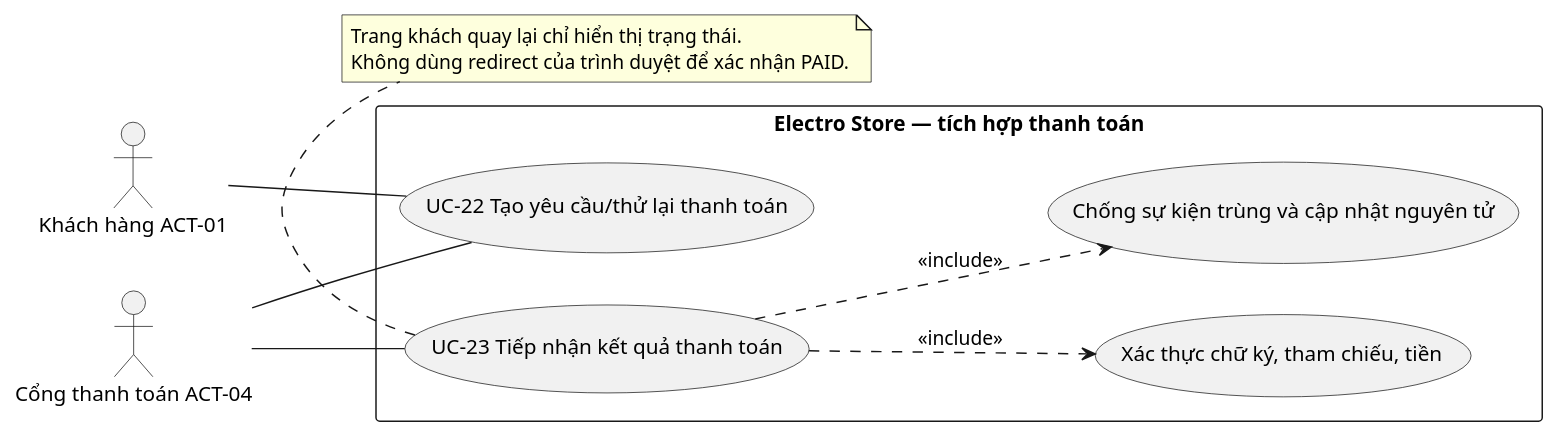
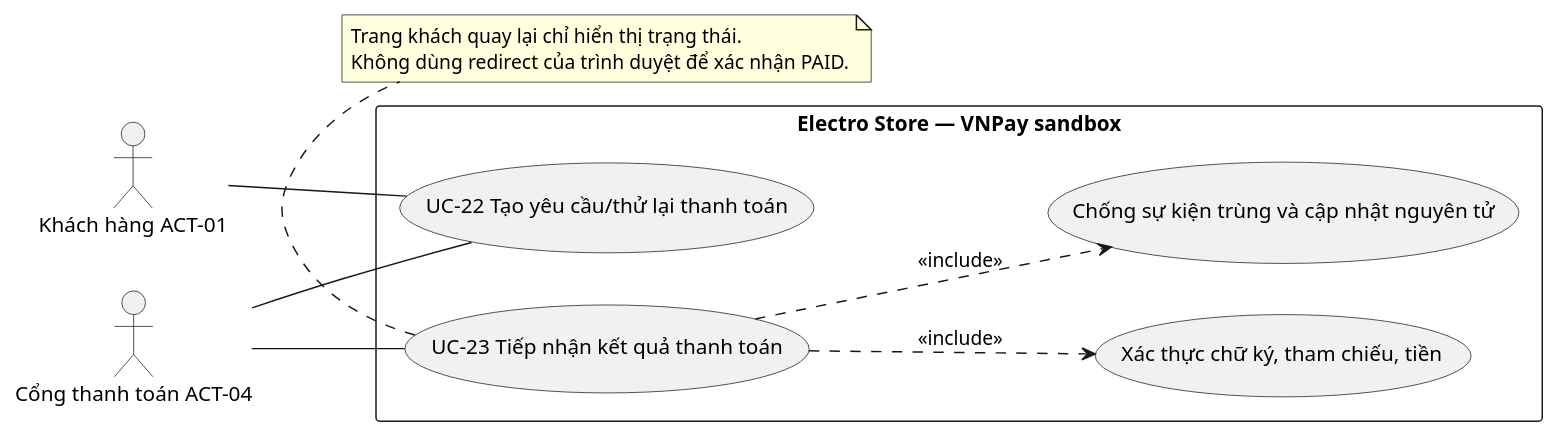
One commit to hungpkaa/x-y-d-ng-web-b-n-h-ng-i-n-t-cho-m-t-c-a-h-ng changed the diagram in docs/diagrams/04_cong_thanh_toan.puml. Above: the diagram before and after it, drawn with PlantUML. The commit also changed 134 other files, not shown here.

```diff
--- a/docs/diagrams/04_cong_thanh_toan.puml
+++ b/docs/diagrams/04_cong_thanh_toan.puml
@@ -1,20 +1,20 @@
 @startuml
 left to right direction
 actor "Khách hàng ACT-01" as K
 actor "Cổng thanh toán ACT-04" as T
-rectangle "Electro Store — tích hợp thanh toán" {
+rectangle "Electro Store — VNPay sandbox" {
   usecase "UC-22 Tạo yêu cầu/thử lại thanh toán" as U22
   usecase "UC-23 Tiếp nhận kết quả thanh toán" as U23
   usecase "Xác thực chữ ký, tham chiếu, tiền" as validate
   usecase "Chống sự kiện trùng và cập nhật nguyên tử" as dedupe
 }
 K -- U22
 T -- U22
 T -- U23
 U23 ..> validate : <<include>>
 U23 ..> dedupe : <<include>>
 note bottom of U23
 Trang khách quay lại chỉ hiển thị trạng thái.
 Không dùng redirect của trình duyệt để xác nhận PAID.
 end note
 @enduml
```
